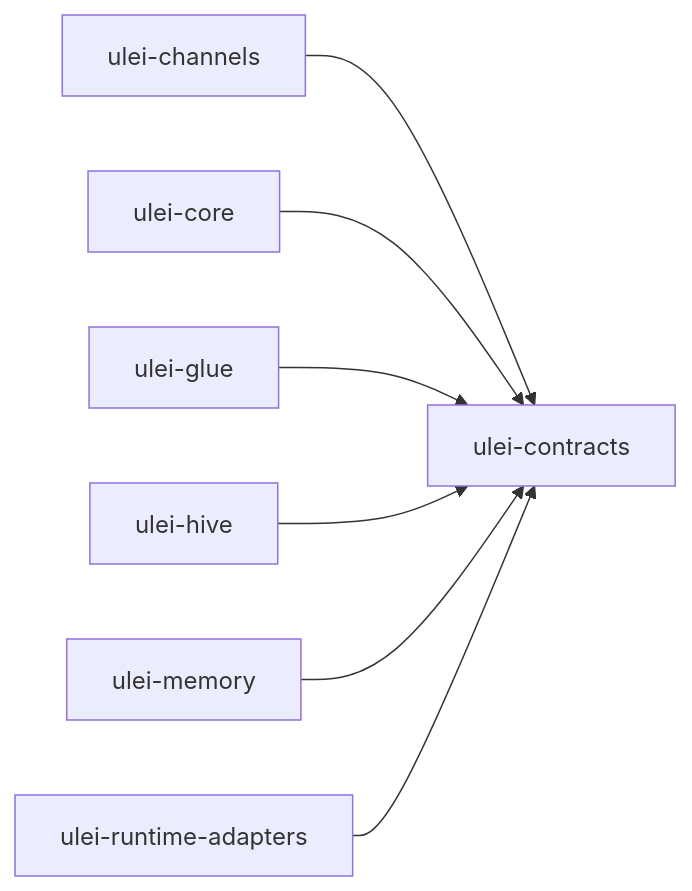
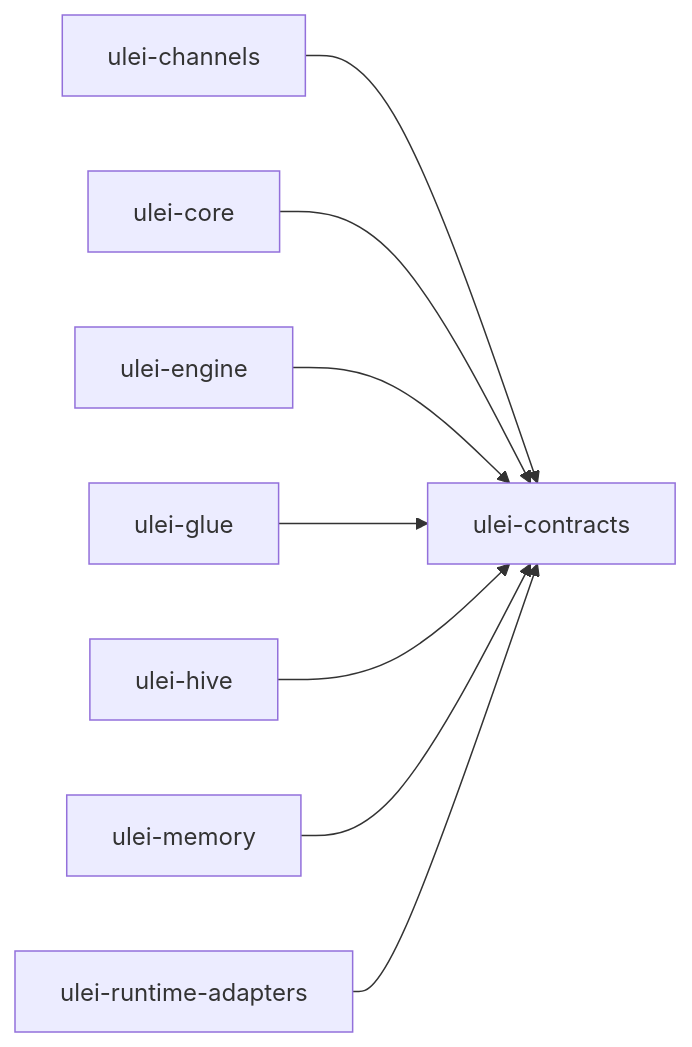
The diagram in docs/architecture/module-map.md (pasekahq/ulei), drawn with Mermaid before and after one commit. The commit also changed other lines of this file and 12 other files, not shown here.

Commit message:
Add ADR-0009, ADR-0010 and the ulei-engine crate skeleton

````diff
--- a/docs/architecture/module-map.md
+++ b/docs/architecture/module-map.md
@@ -21,16 +22,18 @@
 ```mermaid
 graph LR
   ulei_channels["ulei-channels"]
   ulei_contracts["ulei-contracts"]
   ulei_core["ulei-core"]
+  ulei_engine["ulei-engine"]
   ulei_glue["ulei-glue"]
   ulei_hive["ulei-hive"]
   ulei_memory["ulei-memory"]
   ulei_runtime_adapters["ulei-runtime-adapters"]
   ulei_channels --> ulei_contracts
   ulei_core --> ulei_contracts
+  ulei_engine --> ulei_contracts
   ulei_glue --> ulei_contracts
   ulei_hive --> ulei_contracts
   ulei_memory --> ulei_contracts
   ulei_runtime_adapters --> ulei_contracts
 ```
````
